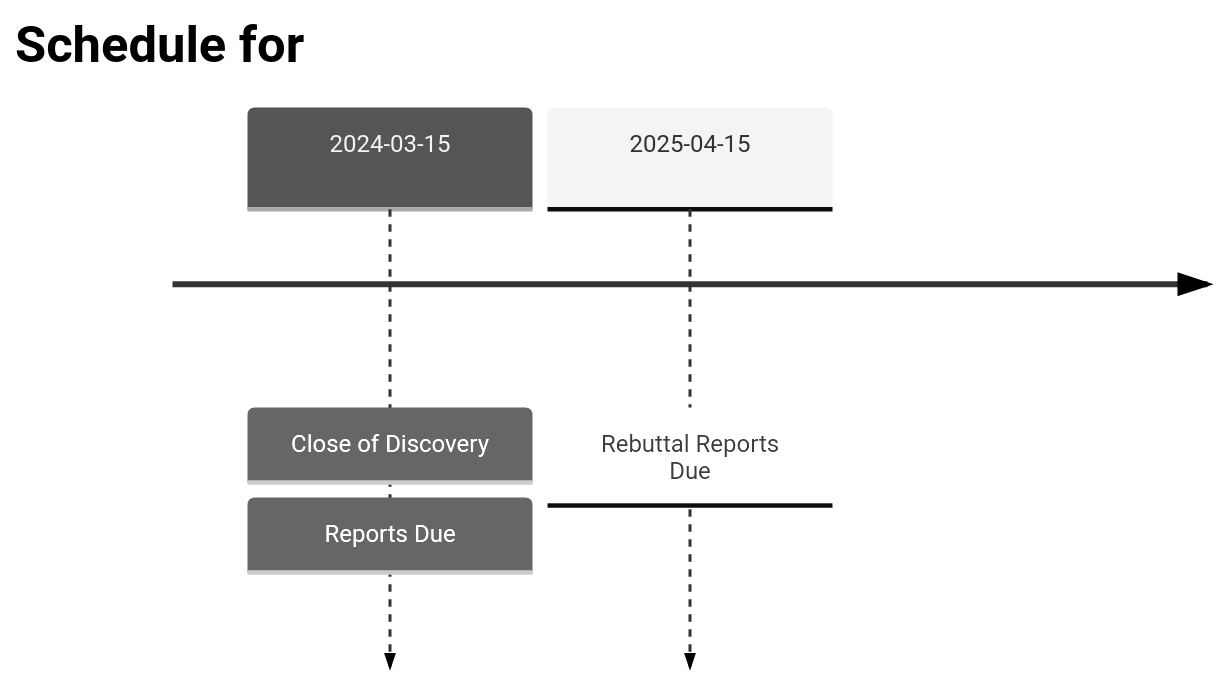
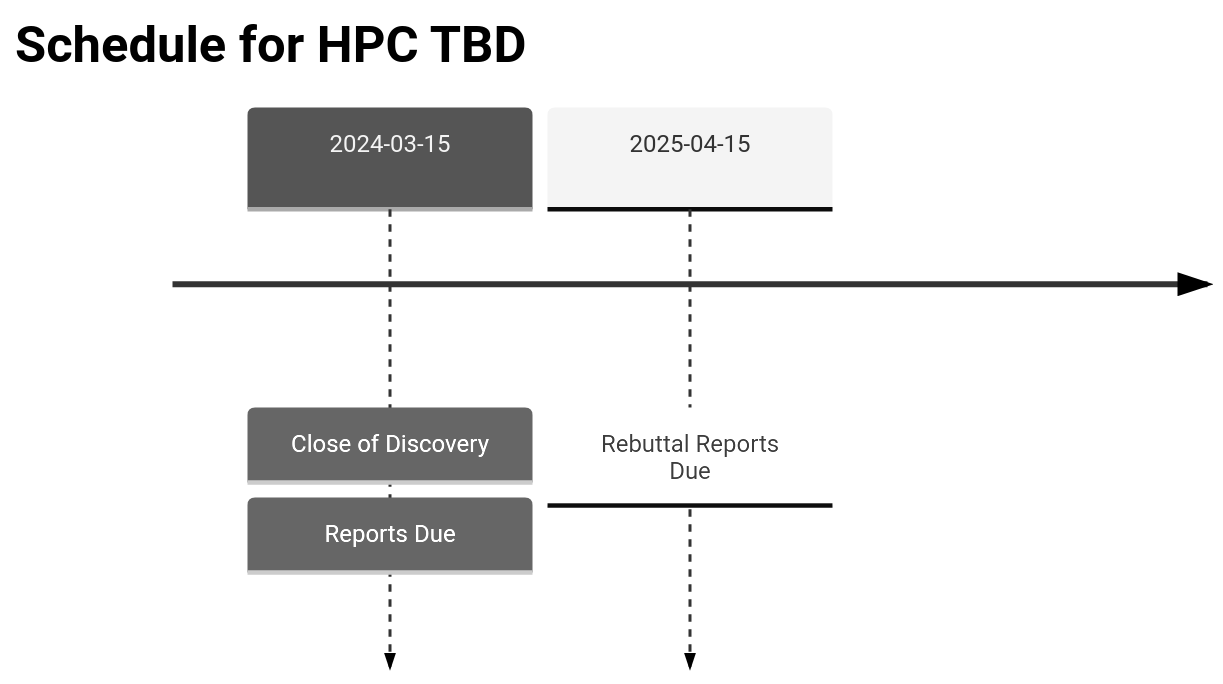
The diagram in Admin/Case Information.md (rmurias/HPC-NewCase), drawn with Mermaid (neutral theme) before and after one commit. The commit also changed other lines of this file and 61 other files, not shown here.

````diff
--- a/Admin/Case Information.md
+++ b/Admin/Case Information.md
@@ -10,6 +12,6 @@
 ```mermaid
 timeline
-title Schedule for <LAW FIRM> <CLIENT>
+title Schedule for HPC TBD
 2024-03-15 : Close of Discovery : Reports Due
 2025-04-15 : Rebuttal Reports Due
 ```
````
